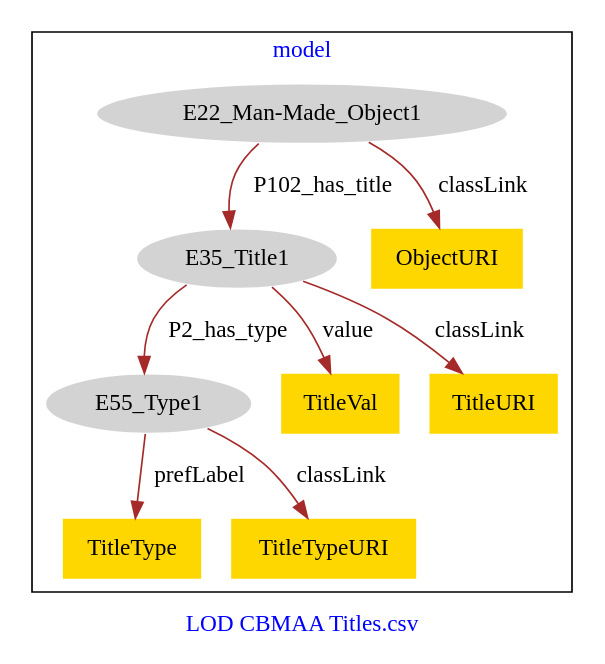
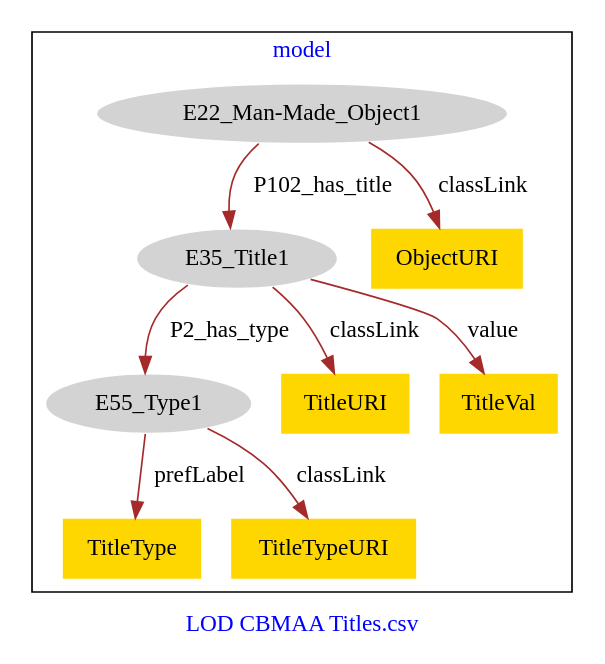
One commit to american-art/cbm changed the diagram in CBMAA_OtherTitles/CBMAA_OtherTitles-model.dot. Above: the diagram before and after it, drawn with Graphviz.

Commit message:
Update file CBMAA_OtherTitles-model.dot

```diff
--- a/CBMAA_OtherTitles/CBMAA_OtherTitles-model.dot
+++ b/CBMAA_OtherTitles/CBMAA_OtherTitles-model.dot
@@ -1,23 +1,23 @@
 digraph n0 {
 fontcolor="blue"
 remincross="true"
 label="LOD CBMAA Titles.csv"
 subgraph cluster {
 label="model"
 n2[style="filled",color="white",fillcolor="lightgray",label="E22_Man-Made_Object1"];
 n3[style="filled",color="white",fillcolor="lightgray",label="E35_Title1"];
 n4[style="filled",color="white",fillcolor="lightgray",label="E55_Type1"];
-n5[shape="plaintext",style="filled",fillcolor="gold",label="ObjectURI"];
-n6[shape="plaintext",style="filled",fillcolor="gold",label="TitleVal"];
-n7[shape="plaintext",style="filled",fillcolor="gold",label="TitleURI"];
-n8[shape="plaintext",style="filled",fillcolor="gold",label="TitleType"];
-n9[shape="plaintext",style="filled",fillcolor="gold",label="TitleTypeURI"];
+n5[shape="plaintext",style="filled",fillcolor="gold",label="TitleType"];
+n6[shape="plaintext",style="filled",fillcolor="gold",label="TitleTypeURI"];
+n7[shape="plaintext",style="filled",fillcolor="gold",label="ObjectURI"];
+n8[shape="plaintext",style="filled",fillcolor="gold",label="TitleURI"];
+n9[shape="plaintext",style="filled",fillcolor="gold",label="TitleVal"];
 }
 n2 -> n3[color="brown",fontcolor="black",label="P102_has_title"]
 n3 -> n4[color="brown",fontcolor="black",label="P2_has_type"]
-n2 -> n5[color="brown",fontcolor="black",label="classLink"]
-n3 -> n6[color="brown",fontcolor="black",label="value"]
-n3 -> n7[color="brown",fontcolor="black",label="classLink"]
-n4 -> n8[color="brown",fontcolor="black",label="prefLabel"]
-n4 -> n9[color="brown",fontcolor="black",label="classLink"]
+n4 -> n5[color="brown",fontcolor="black",label="prefLabel"]
+n4 -> n6[color="brown",fontcolor="black",label="classLink"]
+n2 -> n7[color="brown",fontcolor="black",label="classLink"]
+n3 -> n8[color="brown",fontcolor="black",label="classLink"]
+n3 -> n9[color="brown",fontcolor="black",label="value"]
 }
```
